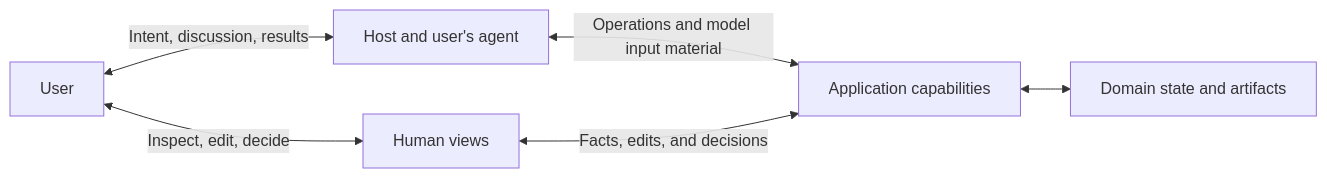
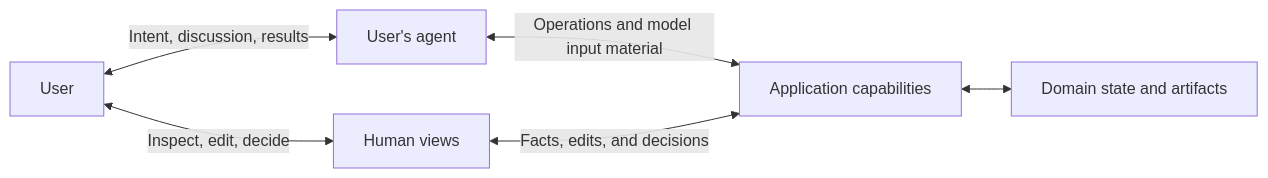
The diagram in docs/foundations.md (suraciii/agent-native-manifesto), drawn with Mermaid before and after one commit. The commit also changed other lines of this file and 33 other files, not shown here.

Commit message:
docs: remove host from the Agent Native model

````diff
--- a/docs/foundations.md
+++ b/docs/foundations.md
@@ -51,8 +51,8 @@
 ```mermaid
 flowchart LR
-    P[User] <-->|Intent, discussion, results| H[Host and user's agent]
+    P[User] <-->|Intent, discussion, results| G[User's agent]
     P <-->|Inspect, edit, decide| V[Human views]
-    H <-->|Operations and model input material| A[Application capabilities]
+    G <-->|Operations and model input material| A[Application capabilities]
     V <-->|Facts, edits, and decisions| A
     A <--> S[Domain state and artifacts]
 ```
````
